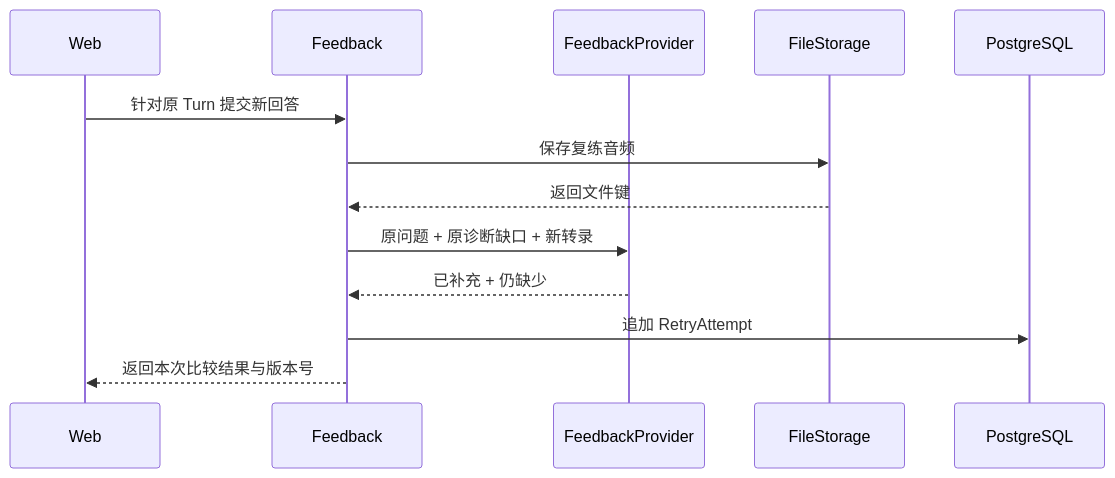
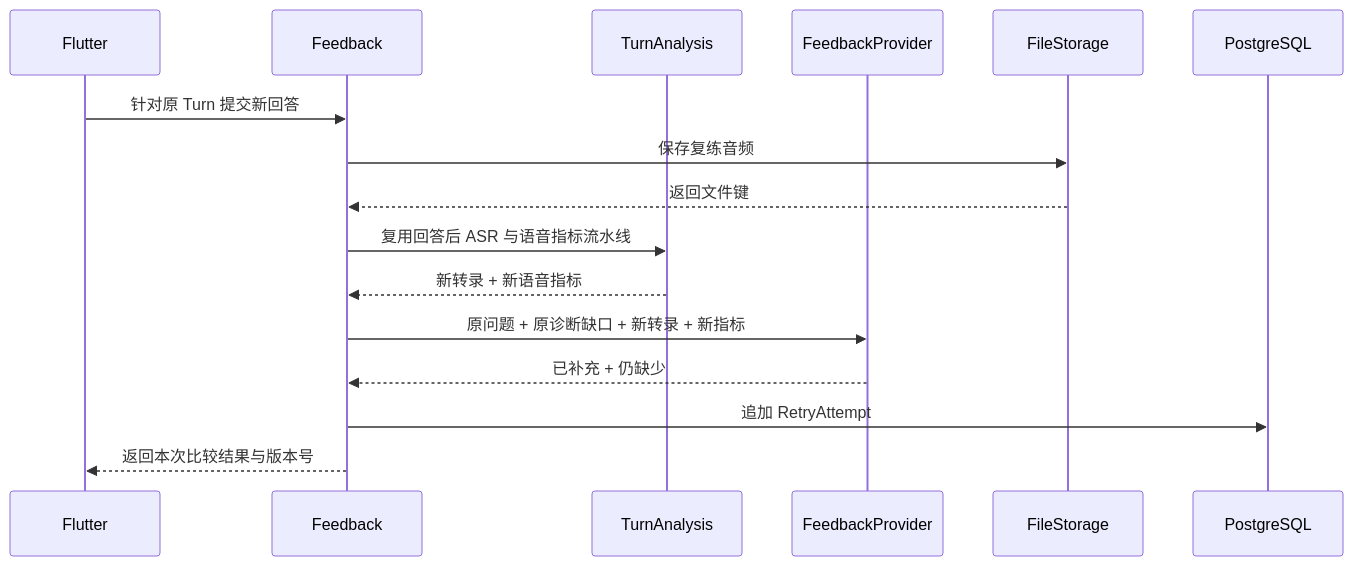
One commit to Lq0412/ai-en-coach changed the tenth of 12 diagrams in docs/superpowers/specs/2026-07-14-ms1-system-architecture-design.md. Above: the diagram before and after it, drawn with Mermaid. The commit also changed other lines of this file, not shown here.

First line of the commit message:
docs(architecture): 定稿 MS1 系统架构与技术选型

````diff
--- a/docs/superpowers/specs/2026-07-14-ms1-system-architecture-design.md
+++ b/docs/superpowers/specs/2026-07-14-ms1-system-architecture-design.md
@@ -394,16 +502,19 @@
 ```mermaid
 sequenceDiagram
-  participant W as Web
-  participant F as Feedback
+  participant App as Flutter
+  participant FB as Feedback
+  participant A as TurnAnalysis
   participant P as FeedbackProvider
   participant FS as FileStorage
   participant DB as PostgreSQL
 
-  W->>F: 针对原 Turn 提交新回答
-  F->>FS: 保存复练音频
-  FS-->>F: 返回文件键
-  F->>P: 原问题 + 原诊断缺口 + 新转录
-  P-->>F: 已补充 + 仍缺少
-  F->>DB: 追加 RetryAttempt
-  F-->>W: 返回本次比较结果与版本号
+  App->>FB: 针对原 Turn 提交新回答
+  FB->>FS: 保存复练音频
+  FS-->>FB: 返回文件键
+  FB->>A: 复用回答后 ASR 与语音指标流水线
+  A-->>FB: 新转录 + 新语音指标
+  FB->>P: 原问题 + 原诊断缺口 + 新转录 + 新指标
+  P-->>FB: 已补充 + 仍缺少
+  FB->>DB: 追加 RetryAttempt
+  FB-->>App: 返回本次比较结果与版本号
 ```
````
